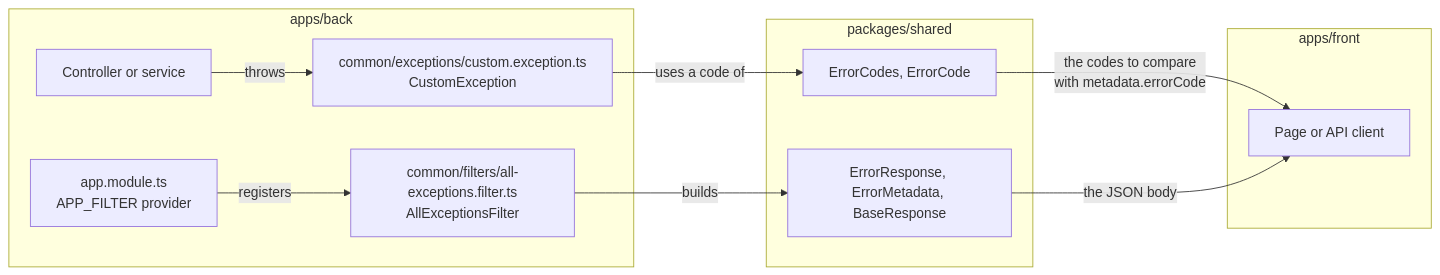
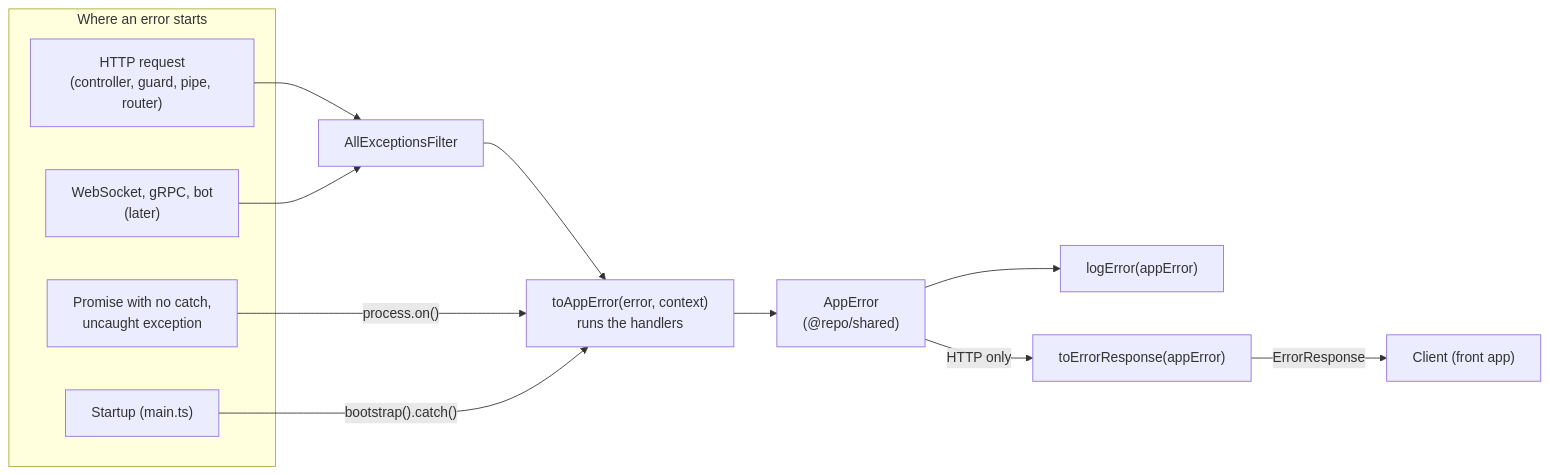
One commit to CyberBrainiac/job-search-automation-tool changed the first of 7 diagrams in docs/error-handling.md. Above: the diagram before and after it, drawn with Mermaid. The commit also changed other lines of this file, not shown here.

First line of the commit message:
docs(root): merge the error handling docs into one guide for new developers

````diff
--- a/docs/error-handling.md
+++ b/docs/error-handling.md
@@ -11,25 +11,26 @@
 ```mermaid
 flowchart LR
-  subgraph back["apps/back"]
-    SVC["Controller or service"]
-    CE["common/exceptions/custom.exception.ts<br/>CustomException"]
-    AM["app.module.ts<br/>APP_FILTER provider"]
-    F["common/filters/all-exceptions.filter.ts<br/>AllExceptionsFilter"]
+  subgraph sources["Where an error starts"]
+    HTTP["HTTP request<br/>(controller, guard, pipe, router)"]
+    CTX["WebSocket, gRPC, bot<br/>(later)"]
+    PROC["Promise with no catch,<br/>uncaught exception"]
+    START["Startup (main.ts)"]
   end
 
-  subgraph shared["packages/shared"]
-    EC["ErrorCodes, ErrorCode"]
-    ER["ErrorResponse, ErrorMetadata, BaseResponse"]
-  end
+  F["AllExceptionsFilter"]
+  TO["toAppError(error, context)<br/>runs the handlers"]
+  APP["AppError<br/>(@repo/shared)"]
+  LOG["logError(appError)"]
+  RESP["toErrorResponse(appError)"]
+  C["Client (front app)"]
 
-  subgraph front["apps/front"]
-    UI["Page or API client"]
-  end
-
-  SVC -- "throws" --> CE
-  CE -- "uses a code of" --> EC
-  AM -- "registers" --> F
-  F -- "builds" --> ER
-  EC -- "the codes to compare<br/>with metadata.errorCode" --> UI
-  ER -- "the JSON body" --> UI
+  HTTP --> F
+  CTX --> F
+  F --> TO
+  PROC -- "process.on()" --> TO
+  START -- "bootstrap().catch()" --> TO
+  TO --> APP
+  APP --> LOG
+  APP -- "HTTP only" --> RESP
+  RESP -- "ErrorResponse" --> C
 ```
````
